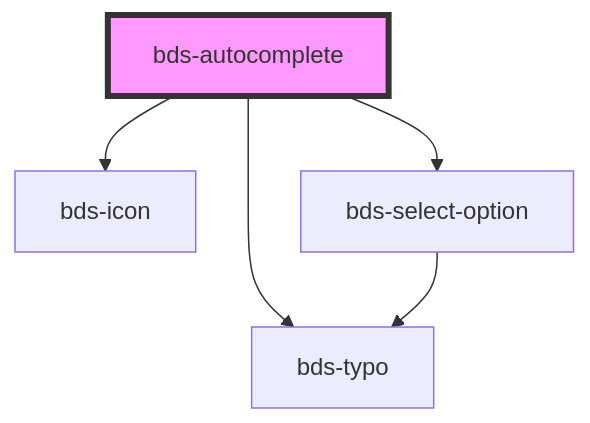
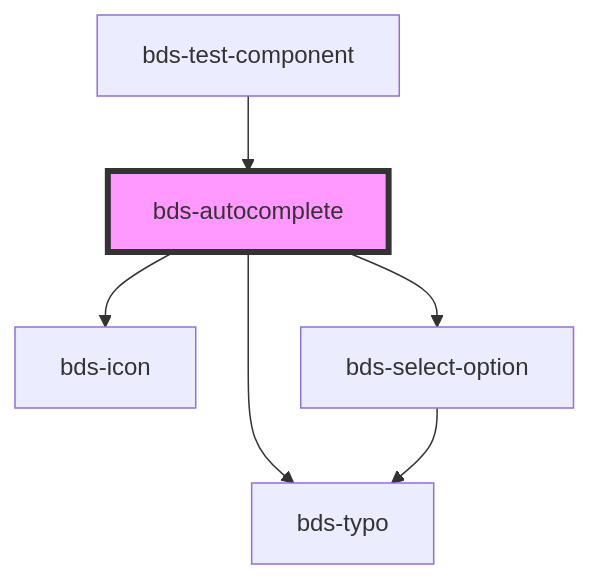
The diagram in src/components/autocomplete/readme.md (takenet/blip-ds), drawn with Mermaid before and after one commit. The commit also changed other lines of this file and 73 other files, not shown here.

````diff
--- a/src/components/autocomplete/readme.md
+++ b/src/components/autocomplete/readme.md
@@ -47,8 +51,9 @@
 ```mermaid
 graph TD;
   bds-autocomplete --> bds-icon
   bds-autocomplete --> bds-typo
   bds-autocomplete --> bds-select-option
   bds-select-option --> bds-typo
+  bds-test-component --> bds-autocomplete
   style bds-autocomplete fill:#f9f,stroke:#333,stroke-width:4px
 ```
````
